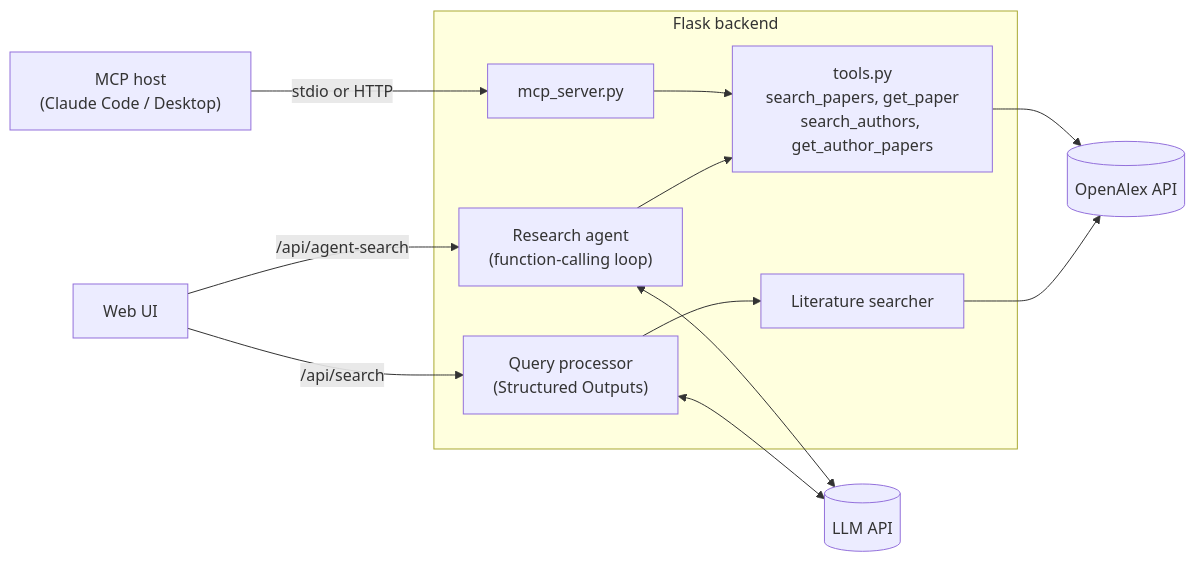
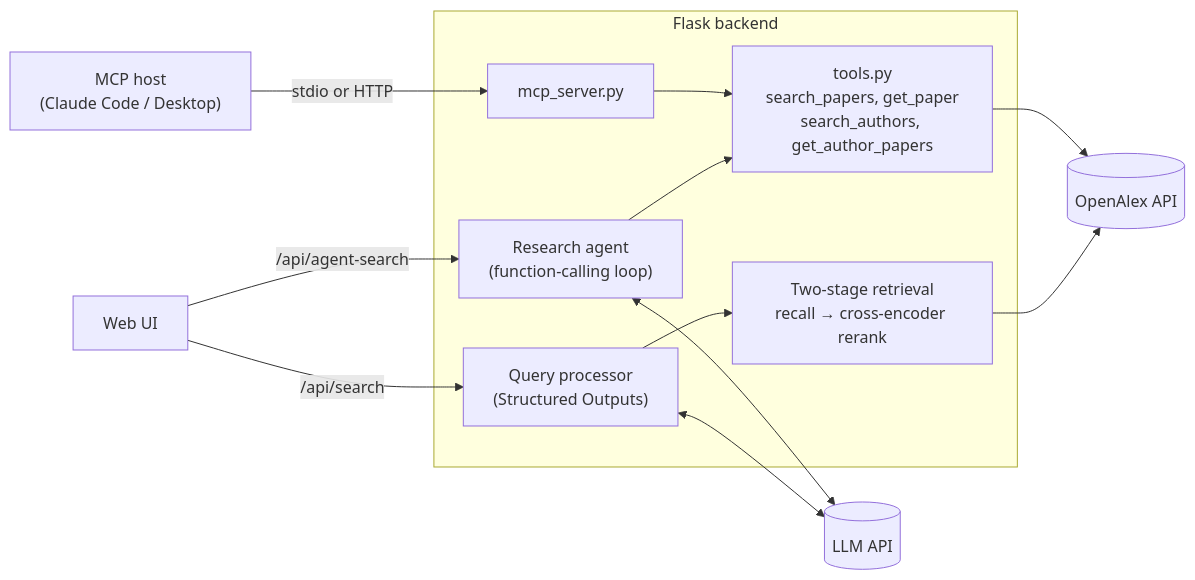
Before and after one commit to LynnUoE/om-dissertation-implementation: the diagram in README.md, drawn with Mermaid. The commit also changed other lines of this file and 45 other files, not shown here.

First line of the commit message:
Add two-stage retrieval with reranking and a retrieval benchmark

````diff
--- a/README.md
+++ b/README.md
@@ -16,20 +17,20 @@
 ```mermaid
 flowchart LR
     subgraph Backend [Flask backend]
         Pipeline["Query processor<br/>(Structured Outputs)"]
-        Searcher[Literature searcher]
+        Searcher["Two-stage retrieval<br/>recall → cross-encoder rerank"]
         Agent["Research agent<br/>(function-calling loop)"]
         MCP[mcp_server.py]
         Tools["tools.py<br/>search_papers, get_paper<br/>search_authors, get_author_papers"]
     end
     UI[Web UI] -->|/api/search| Pipeline
     UI -->|/api/agent-search| Agent
     Host["MCP host<br/>(Claude Code / Desktop)"] -->|stdio or HTTP| MCP
     Pipeline --> Searcher
     Agent --> Tools
     MCP --> Tools
     Pipeline <--> LLM[(LLM API)]
     Agent <--> LLM
     Searcher --> OA[(OpenAlex API)]
     Tools --> OA
 ```
````
